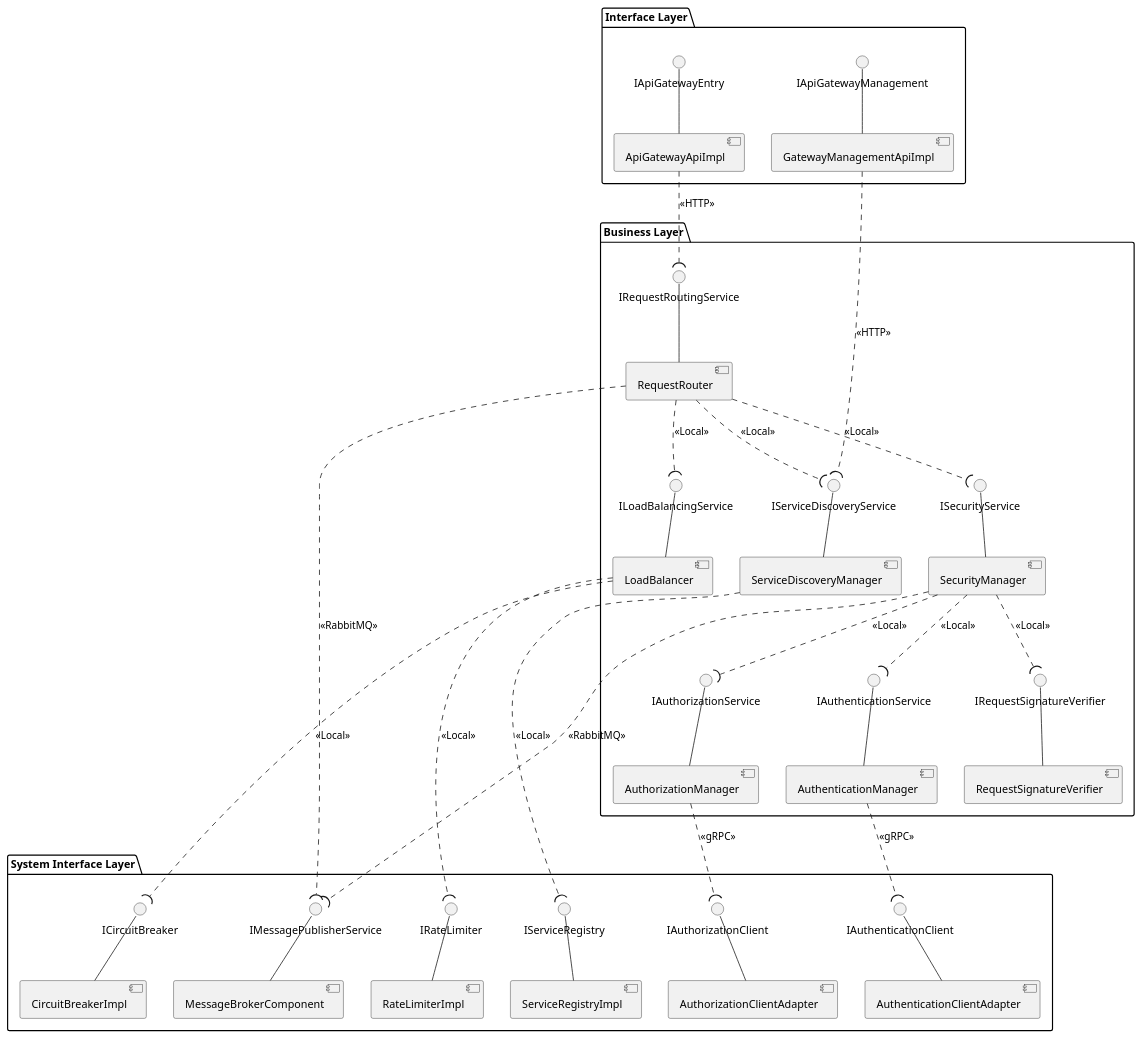
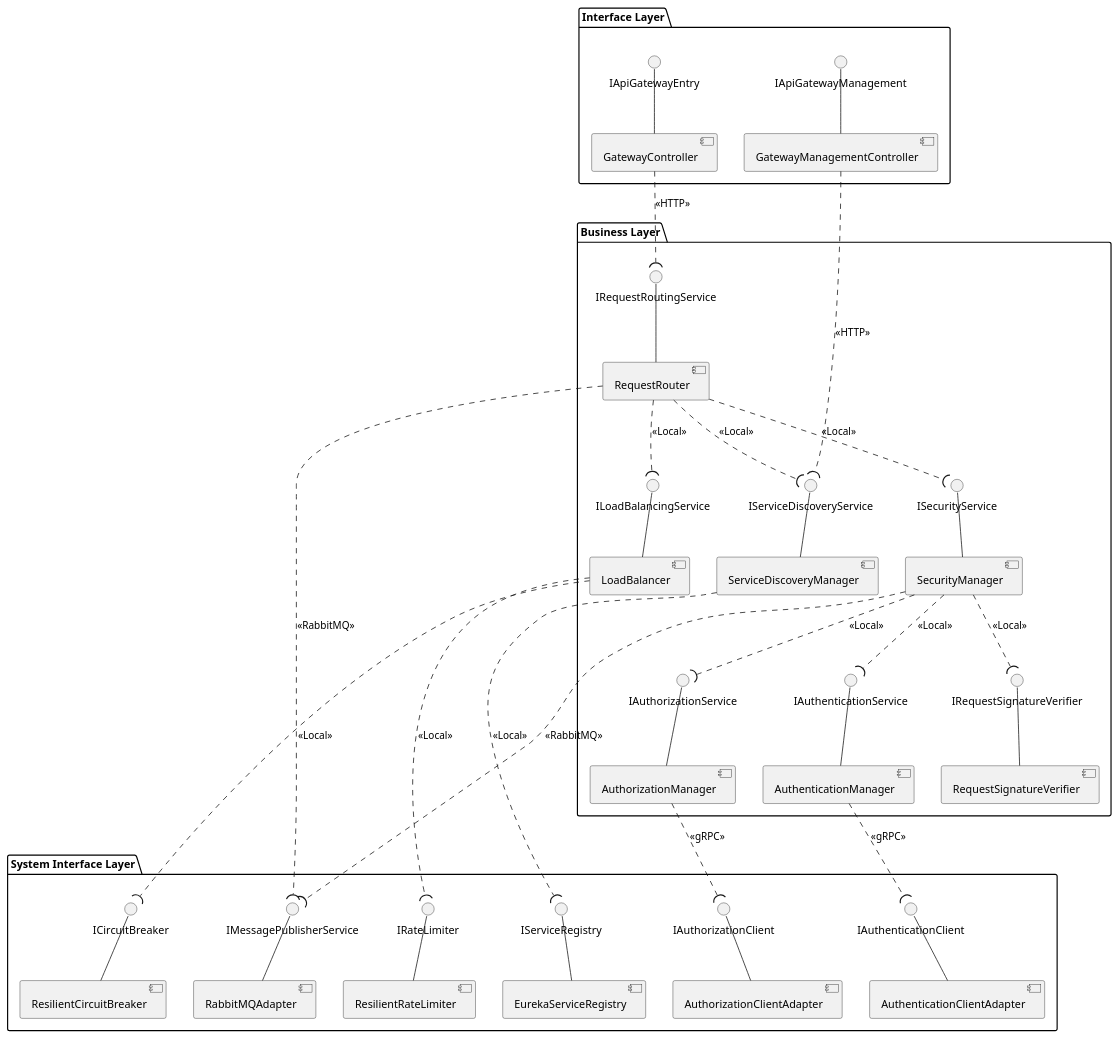
Before and after one commit to yoon2eyo/GITHUB: the diagram in ComponentDiagram/07_GatewayComponent.puml, drawn with PlantUML. The commit also changed 249 other files, not shown here.

```diff
--- a/ComponentDiagram/07_GatewayComponent.puml
+++ b/ComponentDiagram/07_GatewayComponent.puml
@@ -1,91 +1,91 @@
 @startuml GatewayComponent
 ' GatewayComponent.puml (가이드 준수)
 
 package "Interface Layer" {
   interface IApiGatewayEntry
   interface IApiGatewayManagement
 
-  component ApiGatewayApiImpl
-  component GatewayManagementApiImpl
+  component GatewayController
+  component GatewayManagementController
   
-  IApiGatewayEntry -- ApiGatewayApiImpl
-  IApiGatewayManagement -- GatewayManagementApiImpl
+  IApiGatewayEntry -- GatewayController
+  IApiGatewayManagement -- GatewayManagementController
 }
 
 package "Business Layer" {
   interface IRequestRoutingService
   interface ISecurityService
   interface IServiceDiscoveryService
   interface ILoadBalancingService
   
   component RequestRouter
   component SecurityManager
   component ServiceDiscoveryManager
   component LoadBalancer
   
   interface IAuthenticationService
   interface IAuthorizationService
   interface IRequestSignatureVerifier
   
   component AuthenticationManager
   component AuthorizationManager
   component RequestSignatureVerifier
   
   ' Service implementations
   IRequestRoutingService -- RequestRouter
   ISecurityService -- SecurityManager
   IServiceDiscoveryService -- ServiceDiscoveryManager
   ILoadBalancingService -- LoadBalancer
   
   IAuthenticationService -- AuthenticationManager
   IAuthorizationService -- AuthorizationManager
   IRequestSignatureVerifier -- RequestSignatureVerifier
   
   ' Business layer internal relationships
   RequestRouter ..( ISecurityService : <<Local>>
   RequestRouter ..( IServiceDiscoveryService : <<Local>>
   RequestRouter ..( ILoadBalancingService : <<Local>>
   
   SecurityManager ..( IAuthenticationService : <<Local>>
   SecurityManager ..( IAuthorizationService : <<Local>>
   SecurityManager ..( IRequestSignatureVerifier : <<Local>>
 }
 
 package "System Interface Layer" {
   interface IServiceRegistry
   interface IAuthenticationClient
   interface IAuthorizationClient
   interface IMessagePublisherService
   interface ICircuitBreaker
   interface IRateLimiter
   
-  component ServiceRegistryImpl
+  component EurekaServiceRegistry
   component AuthenticationClientAdapter
   component AuthorizationClientAdapter
-  component MessageBrokerComponent
-  component CircuitBreakerImpl
-  component RateLimiterImpl
+  component RabbitMQAdapter
+  component ResilientCircuitBreaker
+  component ResilientRateLimiter
   
-  IServiceRegistry -- ServiceRegistryImpl
+  IServiceRegistry -- EurekaServiceRegistry
   IAuthenticationClient -- AuthenticationClientAdapter
   IAuthorizationClient -- AuthorizationClientAdapter
-  IMessagePublisherService -- MessageBrokerComponent
-  ICircuitBreaker -- CircuitBreakerImpl
-  IRateLimiter -- RateLimiterImpl
+  IMessagePublisherService -- RabbitMQAdapter
+  ICircuitBreaker -- ResilientCircuitBreaker
+  IRateLimiter -- ResilientRateLimiter
 }
 
 ' 패키지 외부 연결
 ' Interface Layer -> Business Layer
-ApiGatewayApiImpl ..( IRequestRoutingService : <<HTTP>>
-GatewayManagementApiImpl ..( IServiceDiscoveryService : <<HTTP>>
+GatewayController ..( IRequestRoutingService : <<HTTP>>
+GatewayManagementController ..( IServiceDiscoveryService : <<HTTP>>
 
 ' Business Layer -> System Interface Layer
 ServiceDiscoveryManager ..( IServiceRegistry : <<Local>>
 LoadBalancer ..( ICircuitBreaker : <<Local>>
 LoadBalancer ..( IRateLimiter : <<Local>>
 AuthenticationManager ..( IAuthenticationClient : <<gRPC>>
 AuthorizationManager ..( IAuthorizationClient : <<gRPC>>
 RequestRouter ..( IMessagePublisherService : <<RabbitMQ>>
 SecurityManager ..( IMessagePublisherService : <<RabbitMQ>>
 
 @enduml
```
